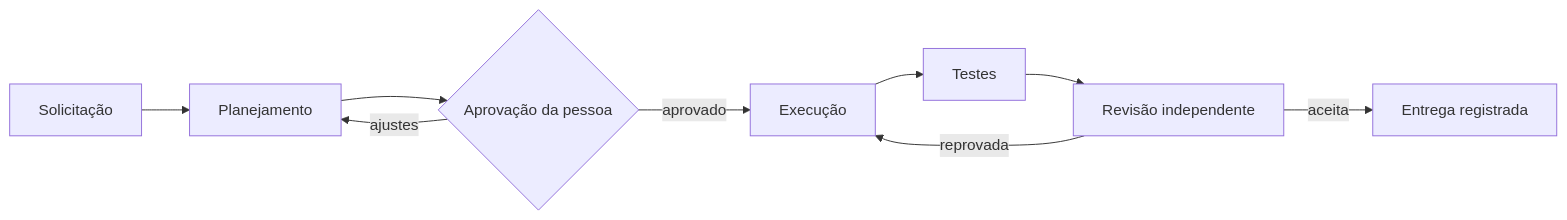
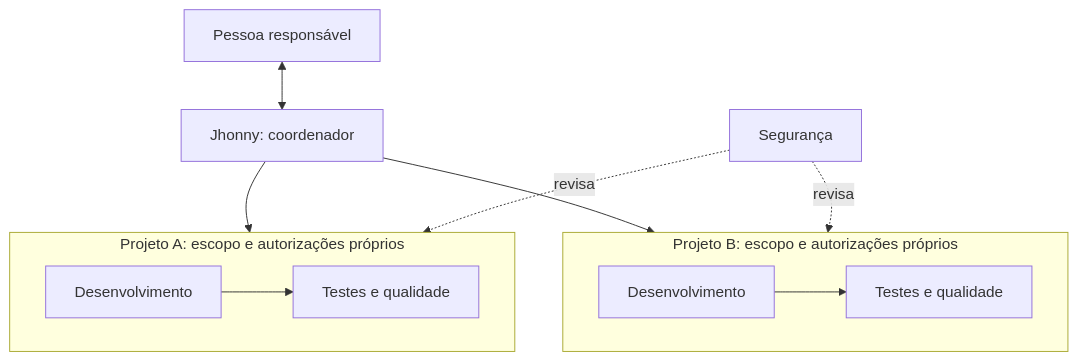
Before and after one commit to DaniloVS22/orquestra-case-study: the second of 2 diagrams in README.md, drawn with Mermaid. The commit also changed other lines of this file, not shown here.

````diff
--- a/README.md
+++ b/README.md
@@ -42,11 +48,14 @@
 ```mermaid
-flowchart LR
-    A[Solicitação] --> B[Planejamento]
-    B --> C{Aprovação da pessoa}
-    C -->|aprovado| D[Execução]
-    C -->|ajustes| B
-    D --> E[Testes]
-    E --> F[Revisão independente]
-    F -->|aceita| G[Entrega registrada]
-    F -->|reprovada| D
+flowchart TB
+    P[Pessoa responsável] <--> C[Jhonny: coordenador]
+    C --> RA
+    C --> RB
+    subgraph RA[Projeto A: escopo e autorizações próprios]
+        A1[Desenvolvimento] --> A2[Testes e qualidade]
+    end
+    subgraph RB[Projeto B: escopo e autorizações próprios]
+        B1[Desenvolvimento] --> B2[Testes e qualidade]
+    end
+    S[Segurança] -.revisa.-> RA
+    S -.revisa.-> RB
 ```
````
